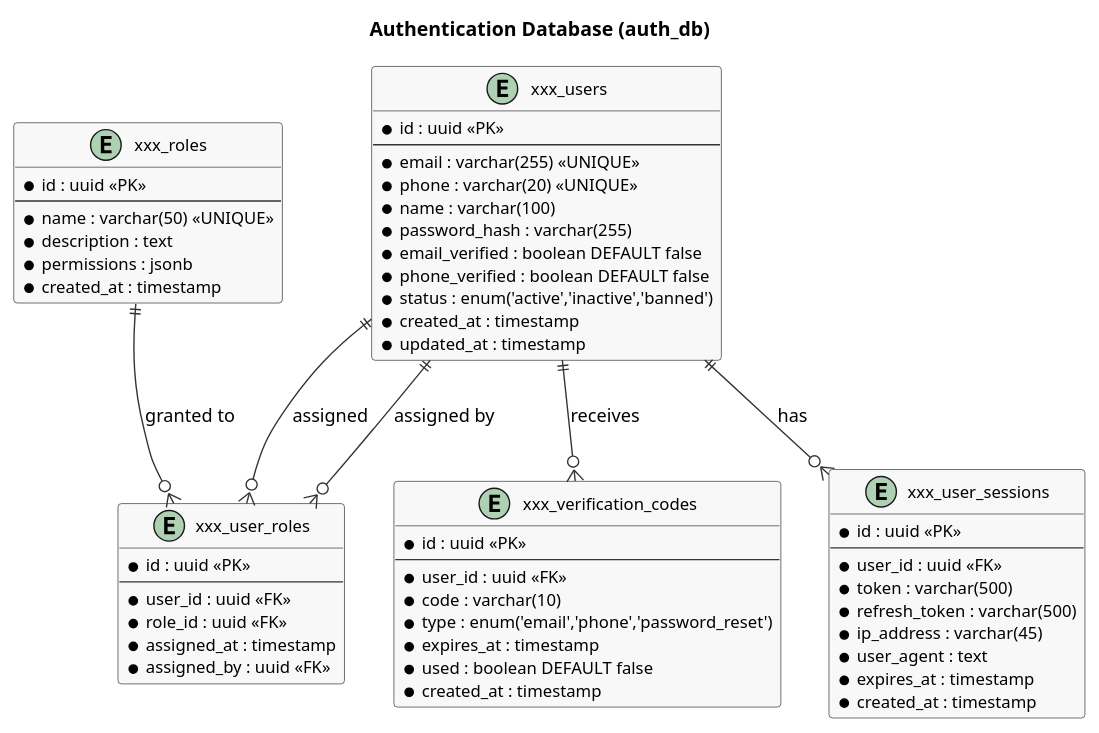
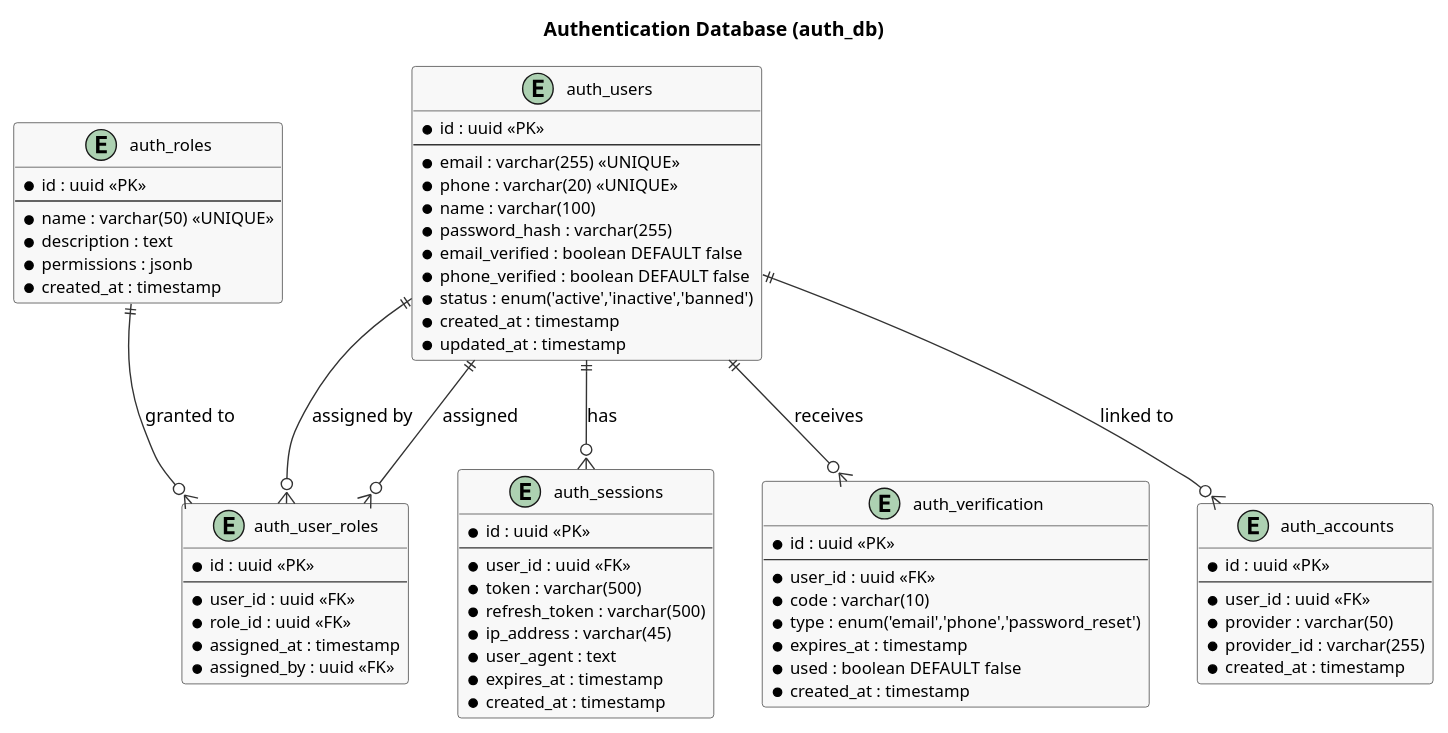
Before and after one commit to namnh240795/document: the diagram in templates/erd-auth.puml, drawn with PlantUML. The commit also changed 29 other files, not shown here.

```diff
--- a/templates/erd-auth.puml
+++ b/templates/erd-auth.puml
@@ -1,81 +1,89 @@
 @startuml
 ' ============================================================
 ' ERD: Authentication Database (auth_db)
 ' Modules: AUTH
-' Tables: xxx_users, xxx_user_sessions, xxx_roles, xxx_user_roles
-'
-' RULE: Replace "xxx" with your project short name
+' Tables: auth_users, auth_sessions, auth_accounts, auth_roles, auth_user_roles, auth_verification
 ' ============================================================
 
 skinparam class {
   BackgroundColor #F8F8F8
   BorderColor #333333
   ArrowColor #333333
   AttributeFontSize 12
 }
 
 title Authentication Database (auth_db)
 
-entity "xxx_users" as users {
+entity "auth_users" as users {
   * id : uuid <<PK>>
   --
   * email : varchar(255) <<UNIQUE>>
   * phone : varchar(20) <<UNIQUE>>
   * name : varchar(100)
   * password_hash : varchar(255)
   * email_verified : boolean DEFAULT false
   * phone_verified : boolean DEFAULT false
   * status : enum('active','inactive','banned')
   * created_at : timestamp
   * updated_at : timestamp
 }
 
-entity "xxx_user_sessions" as sessions {
+entity "auth_sessions" as sessions {
   * id : uuid <<PK>>
   --
   * user_id : uuid <<FK>>
   * token : varchar(500)
   * refresh_token : varchar(500)
   * ip_address : varchar(45)
   * user_agent : text
   * expires_at : timestamp
   * created_at : timestamp
 }
 
-entity "xxx_roles" as roles {
+entity "auth_accounts" as accounts {
+  * id : uuid <<PK>>
+  --
+  * user_id : uuid <<FK>>
+  * provider : varchar(50)
+  * provider_id : varchar(255)
+  * created_at : timestamp
+}
+
+entity "auth_roles" as roles {
   * id : uuid <<PK>>
   --
   * name : varchar(50) <<UNIQUE>>
   * description : text
   * permissions : jsonb
   * created_at : timestamp
 }
 
-entity "xxx_user_roles" as user_roles {
+entity "auth_user_roles" as user_roles {
   * id : uuid <<PK>>
   --
   * user_id : uuid <<FK>>
   * role_id : uuid <<FK>>
   * assigned_at : timestamp
   * assigned_by : uuid <<FK>>
 }
 
-entity "xxx_verification_codes" as verification {
+entity "auth_verification" as verification {
   * id : uuid <<PK>>
   --
   * user_id : uuid <<FK>>
   * code : varchar(10)
   * type : enum('email','phone','password_reset')
   * expires_at : timestamp
   * used : boolean DEFAULT false
   * created_at : timestamp
 }
 
 ' --- Relationships ---
 users ||--o{ sessions : "has"
+users ||--o{ accounts : "linked to"
 users ||--o{ user_roles : "assigned"
 roles ||--o{ user_roles : "granted to"
 users ||--o{ verification : "receives"
 users ||--o{ user_roles : "assigned by"
 
 @enduml
```
